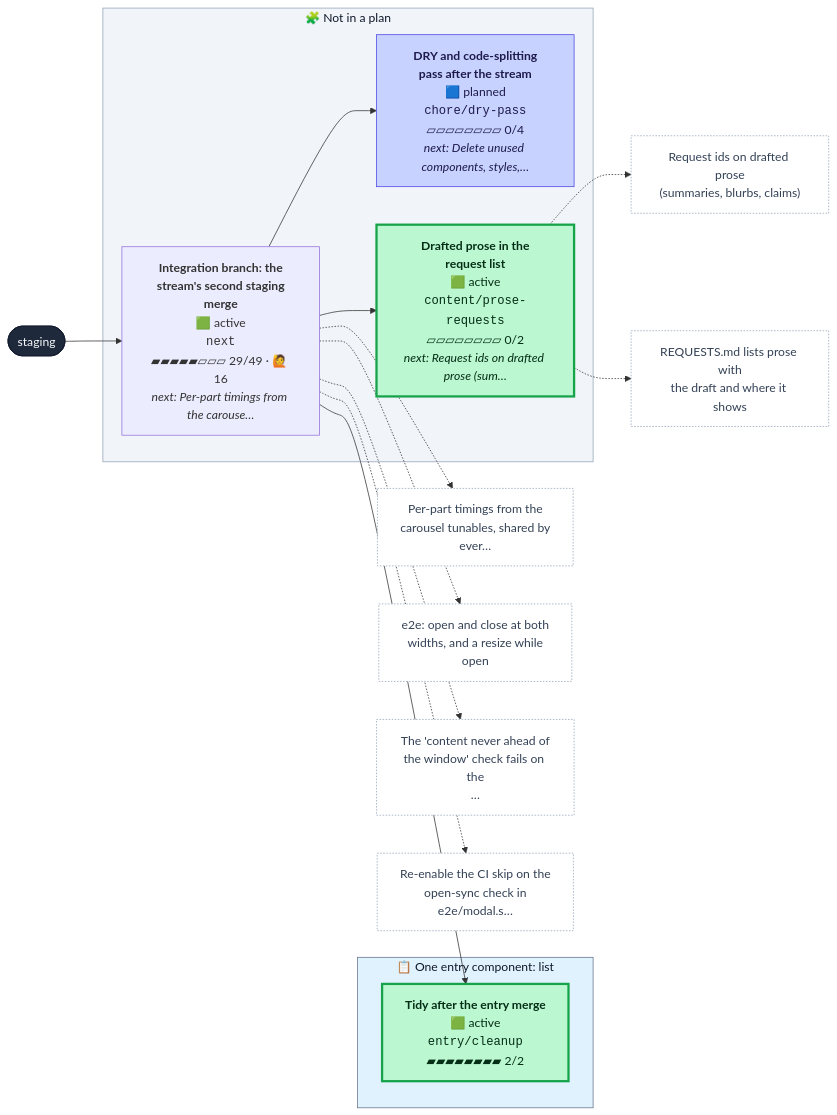
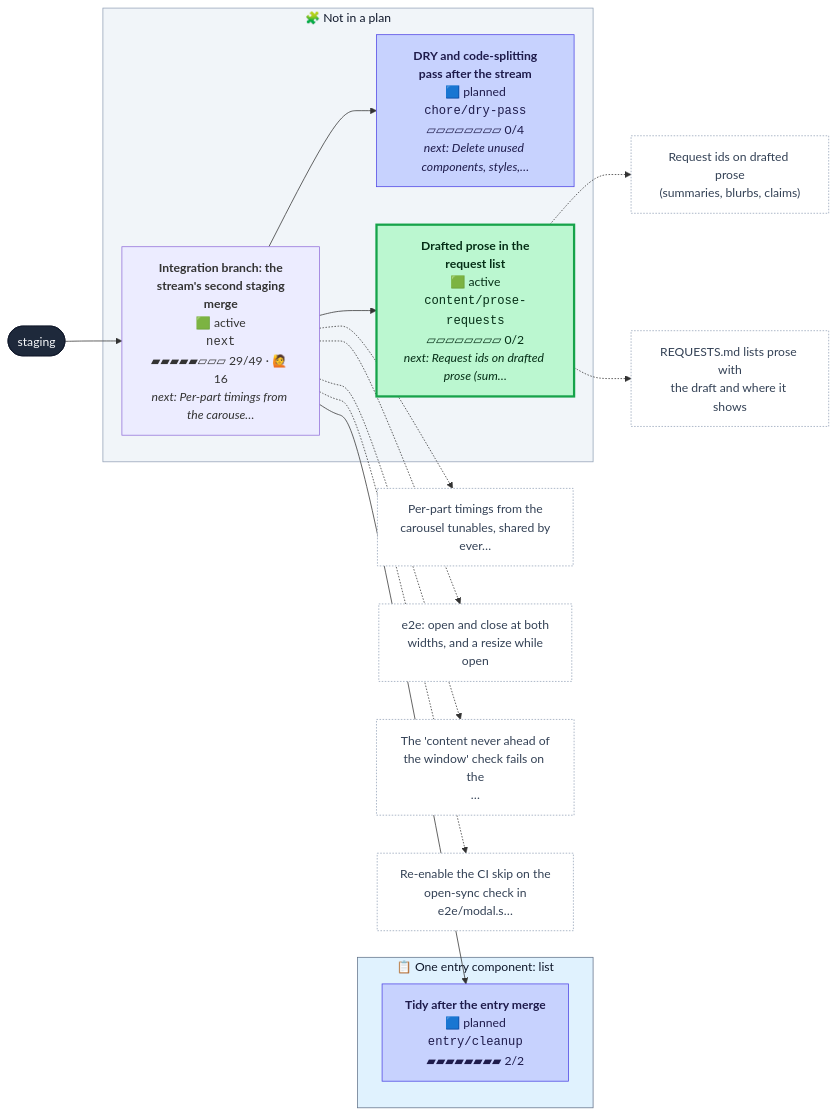
One commit to henryjonescodes/portfolio changed the first of 2 diagrams in CONTRIBUTING.md. Above: the diagram before and after it, drawn with Mermaid. The commit also changed other lines of this file, not shown here.

````diff
--- a/CONTRIBUTING.md
+++ b/CONTRIBUTING.md
@@ -16,50 +16,50 @@
 ```mermaid
 flowchart LR
   n_staging([staging])
   class n_staging trunk
   subgraph plan_0["📋 One entry component: list"]
-    n_entry_cleanup["<b>Tidy after the entry merge</b><br/>🟩 active<br/><code>entry/cleanup</code><br/>▰▰▰▰▰▰▰▰ 2/2"]
-    class n_entry_cleanup active
+    n_entry_cleanup["<b>Tidy after the entry merge</b><br/>🟦 planned<br/><code>entry/cleanup</code><br/>▰▰▰▰▰▰▰▰ 2/2"]
+    class n_entry_cleanup planned
   end
   style plan_0 fill:#e0f2fe,stroke:#64748b,color:#0f172a
   subgraph loose["🧩 Not in a plan"]
     n_chore_dry_pass["<b>DRY and code-splitting<br/>pass after the stream</b><br/>🟦 planned<br/><code>chore/dry-pass</code><br/>▱▱▱▱▱▱▱▱ 0/4<br/><i>next: Delete unused components, styles,…</i>"]
     class n_chore_dry_pass planned
     n_content_prose_requests["<b>Drafted prose in the<br/>request list</b><br/>🟩 active<br/><code>content/prose-requests</code><br/>▱▱▱▱▱▱▱▱ 0/2<br/><i>next: Request ids on drafted prose (sum…</i>"]
     class n_content_prose_requests active
     n_next["<b>Integration branch: the<br/>stream's second staging<br/>merge</b><br/>🟩 active<br/><code>next</code><br/>▰▰▰▰▰▱▱▱ 29/49 · 🙋 16<br/><i>next: Per-part timings from the carouse…</i>"]
     class n_next active,current
   end
   style loose fill:#f1f5f9,stroke:#94a3b8,color:#0f172a
   n_next --> n_chore_dry_pass
   n_next --> n_content_prose_requests
   n_next --> n_entry_cleanup
   n_staging --> n_next
   n_content_prose_requests_t0["Request ids on drafted prose<br/>(summaries, blurbs, claims)"]
   class n_content_prose_requests_t0 todo
   n_content_prose_requests -.-> n_content_prose_requests_t0
   n_content_prose_requests_t1["REQUESTS.md lists prose with<br/>the draft and where it shows"]
   class n_content_prose_requests_t1 todo
   n_content_prose_requests -.-> n_content_prose_requests_t1
   n_next_t0["Per-part timings from the<br/>carousel tunables, shared by<br/>ever…"]
   class n_next_t0 todo
   n_next -.-> n_next_t0
   n_next_t1["e2e: open and close at both<br/>widths, and a resize while<br/>open"]
   class n_next_t1 todo
   n_next -.-> n_next_t1
   n_next_t2["The 'content never ahead of<br/>the window' check fails on the<br/>…"]
   class n_next_t2 todo
   n_next -.-> n_next_t2
   n_next_t3["Re-enable the CI skip on the<br/>open-sync check in<br/>e2e/modal.s…"]
   class n_next_t3 todo
   n_next -.-> n_next_t3
   classDef merged fill:#dcfce7,stroke:#16a34a,color:#052e16
   classDef todo fill:#ffffff,stroke:#94a3b8,stroke-dasharray:2 2,color:#334155
   classDef planned fill:#c7d2fe,stroke:#4f46e5,color:#1e1b4b
   classDef sketched fill:#f8fafc,stroke:#64748b,stroke-dasharray:4 3,color:#334155
   classDef active fill:#bbf7d0,stroke:#16a34a,stroke-width:3px,color:#052e16
   classDef review fill:#fde68a,stroke:#d97706,stroke-width:3px,color:#451a03
   classDef blocked fill:#fecaca,stroke:#dc2626,stroke-width:3px,color:#450a0a
   classDef trunk fill:#1e293b,stroke:#0f172a,color:#f8fafc
   classDef current stroke:#0ea5e9,stroke-width:5px
 ```
````
